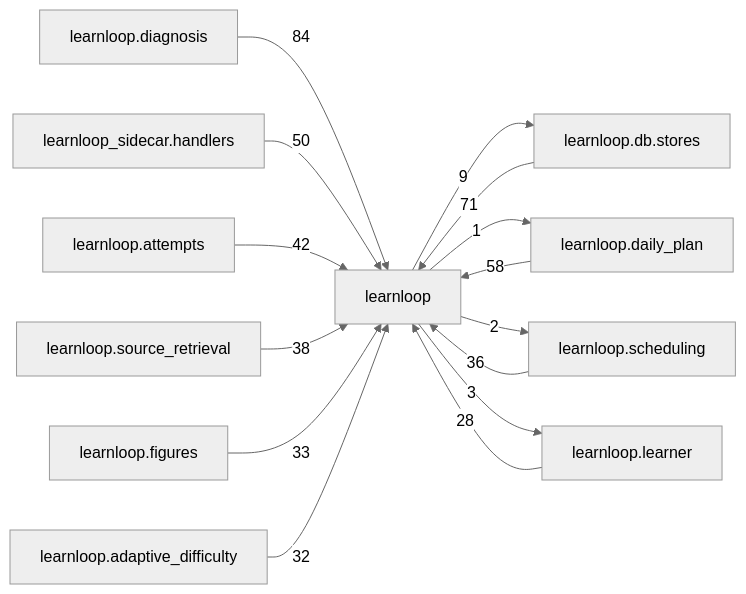
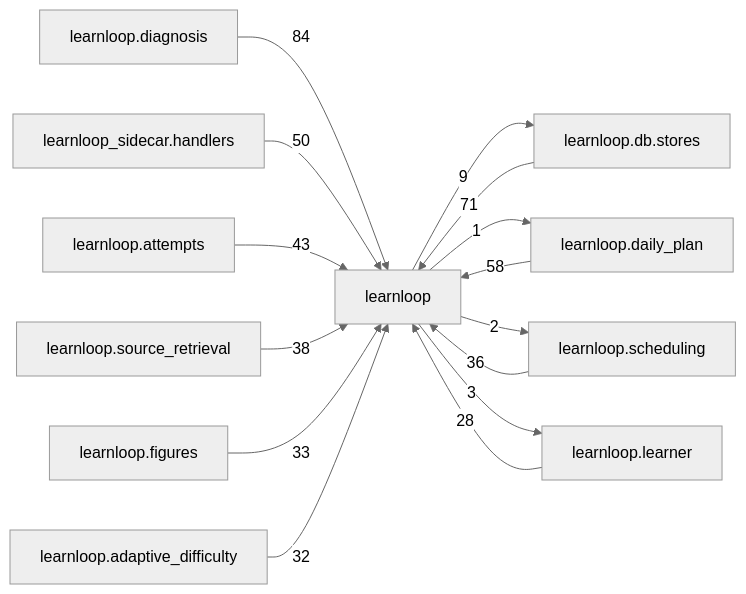
One commit to 6up-b/learnanything changed the diagram in docs/learnloop-architecture-vault/Reference/Modules/learnloop/_package.md. Above: the diagram before and after it, drawn with Mermaid (neutral theme). The commit also changed other lines of this file and 50 other files, not shown here.

````diff
--- a/docs/learnloop-architecture-vault/Reference/Modules/learnloop/_package.md
+++ b/docs/learnloop-architecture-vault/Reference/Modules/learnloop/_package.md
@@ -259,28 +259,28 @@
 ```mermaid
 flowchart LR
     center["learnloop"]
     n_learnloop_diagnosis["learnloop.diagnosis"]
     n_learnloop_db_stores["learnloop.db.stores"]
     n_learnloop_daily_plan["learnloop.daily_plan"]
     n_learnloop_sidecar_handlers["learnloop_sidecar.handlers"]
     n_learnloop_attempts["learnloop.attempts"]
     n_learnloop_scheduling["learnloop.scheduling"]
     n_learnloop_source_retrieval["learnloop.source_retrieval"]
     n_learnloop_figures["learnloop.figures"]
     n_learnloop_adaptive_difficulty["learnloop.adaptive_difficulty"]
     n_learnloop_learner["learnloop.learner"]
     n_learnloop_diagnosis -->|84| center
     n_learnloop_db_stores -->|71| center
     center -->|9| n_learnloop_db_stores
     n_learnloop_daily_plan -->|58| center
     center -->|1| n_learnloop_daily_plan
     n_learnloop_sidecar_handlers -->|50| center
-    n_learnloop_attempts -->|42| center
+    n_learnloop_attempts -->|43| center
     n_learnloop_scheduling -->|36| center
     center -->|2| n_learnloop_scheduling
     n_learnloop_source_retrieval -->|38| center
     n_learnloop_figures -->|33| center
     n_learnloop_adaptive_difficulty -->|32| center
     n_learnloop_learner -->|28| center
     center -->|3| n_learnloop_learner
 ```
````
